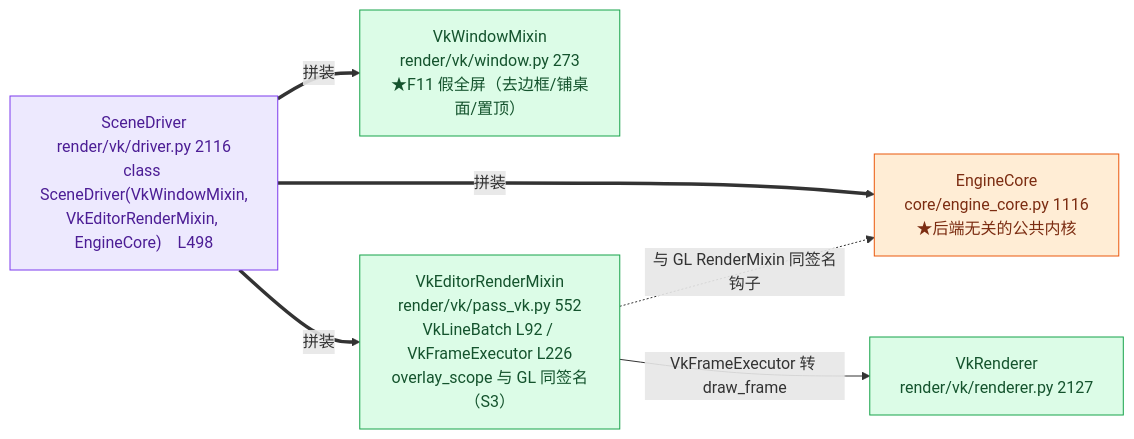
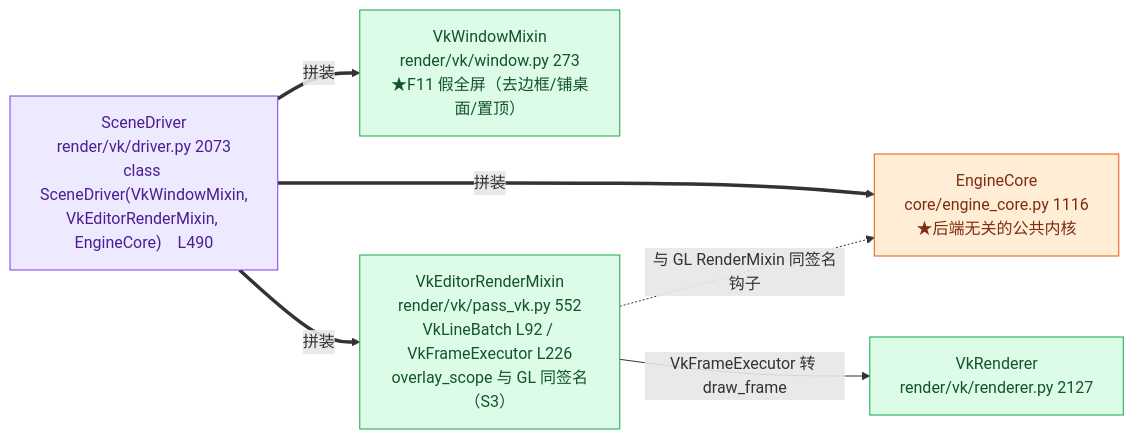
One commit to lhy302/WeaveEngine changed the fourth of 23 diagrams in ARCHITECTURE.md. Above: the diagram before and after it, drawn with Mermaid. The commit also changed other lines of this file, not shown here.

Commit message:
B7-56/B7-57 架构图同步: GUI 全量命令化(7dc6c5b/757071e)+相机挂相机(edf1336) 后按实测刷新 图1/2/2a/2b/4/7/8/11/13/15/16/19 + 横幅 e397c11

````diff
--- a/ARCHITECTURE.md
+++ b/ARCHITECTURE.md
@@ -228,16 +237,16 @@
 ```mermaid
 flowchart LR
-  S["SceneDriver<br/>render/vk/driver.py 2116<br/>class SceneDriver(VkWindowMixin,<br/>VkEditorRenderMixin, EngineCore)　L498"]:::facade
+  S["SceneDriver<br/>render/vk/driver.py 2073<br/>class SceneDriver(VkWindowMixin,<br/>VkEditorRenderMixin, EngineCore)　L490"]:::facade
   K["EngineCore<br/>core/engine_core.py 1116<br/>★后端无关的公共内核"]:::contract
   W["VkWindowMixin<br/>render/vk/window.py 273<br/>★F11 假全屏（去边框/铺桌面/置顶）"]:::impl
   V["VkEditorRenderMixin<br/>render/vk/pass_vk.py 552<br/>VkLineBatch L92 / VkFrameExecutor L226<br/>overlay_scope 与 GL 同签名（S3）"]:::impl
   R["VkRenderer<br/>render/vk/renderer.py 2127"]:::impl
   S ==>|拼装| K
   S ==>|拼装| W
   S ==>|拼装| V
   V -->|VkFrameExecutor 转 draw_frame| R
   V -.->|与 GL RenderMixin 同签名钩子| K
   classDef facade fill:#ede9fe,stroke:#7c3aed,color:#4c1d95
   classDef impl fill:#dcfce7,stroke:#16a34a,color:#14532d
   classDef contract fill:#ffedd5,stroke:#ea580c,color:#7c2d12
 ```
````
